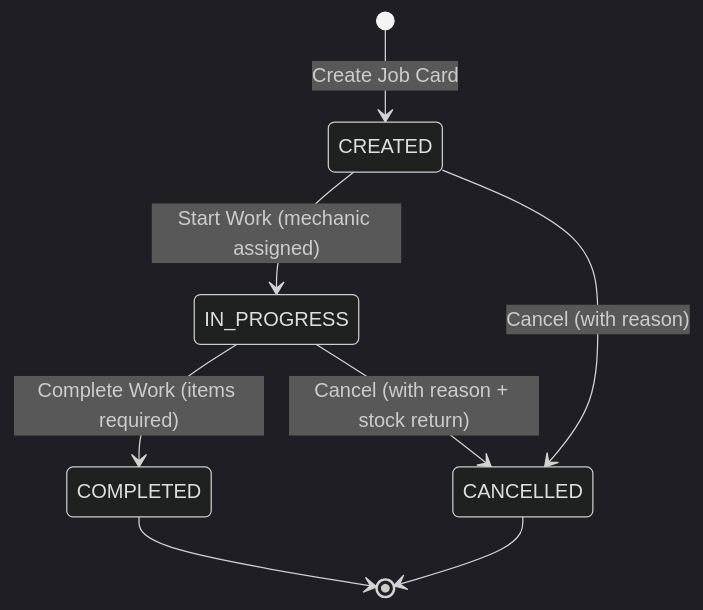
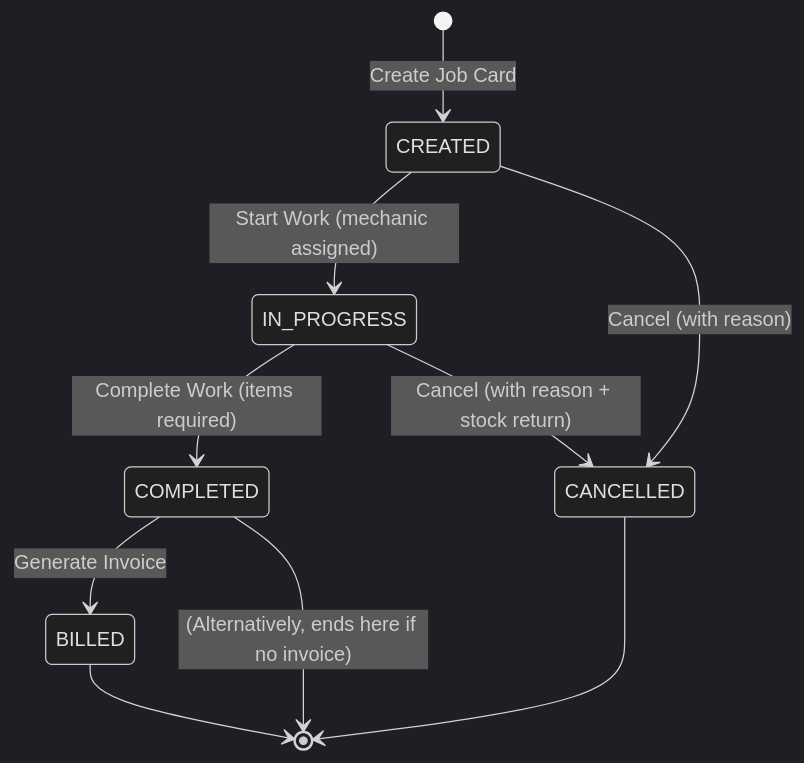
One commit to anirudha-10/SmartServ changed the third of 3 diagrams in README.md. Above: the diagram before and after it, drawn with Mermaid (dark theme). The commit also changed 5 other files, not shown here.

````diff
--- a/README.md
+++ b/README.md
@@ -874,10 +874,12 @@
 ```mermaid
 stateDiagram-v2
     [*] --> CREATED : Create Job Card
     CREATED --> IN_PROGRESS : Start Work (mechanic assigned)
     CREATED --> CANCELLED : Cancel (with reason)
     IN_PROGRESS --> COMPLETED : Complete Work (items required)
     IN_PROGRESS --> CANCELLED : Cancel (with reason + stock return)
-    COMPLETED --> [*]
+    COMPLETED --> BILLED : Generate Invoice
+    COMPLETED --> [*] : (Alternatively, ends here if no invoice)
+    BILLED --> [*]
     CANCELLED --> [*]
 ```
````
